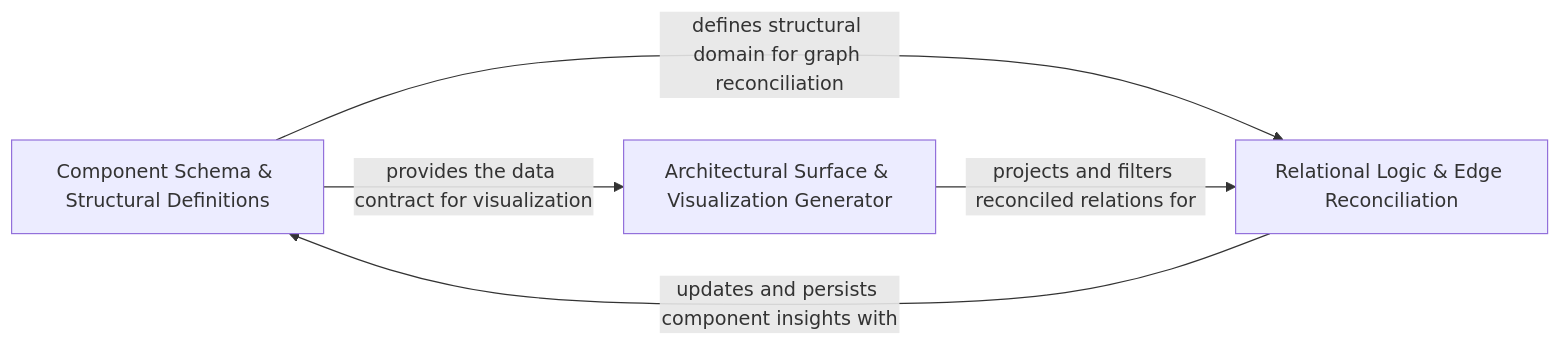
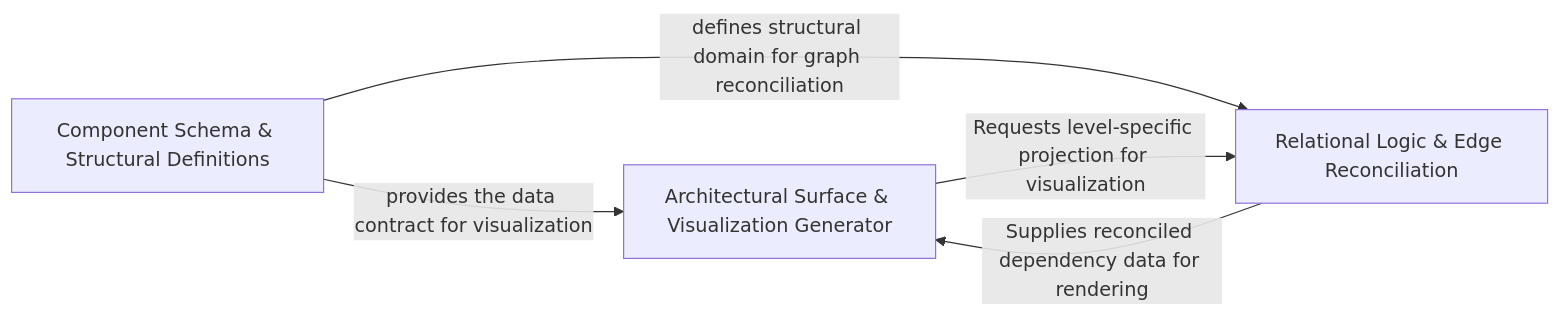
Before and after one commit to CodeBoarding/CodeBoarding: the diagram in .codeboarding/Component_Modeling_API_Definition.md, drawn with Mermaid. The commit also changed other lines of this file and 8 other files, not shown here.

Commit message:
chore(codeboarding): sync architecture baseline

````diff
--- a/.codeboarding/Component_Modeling_API_Definition.md
+++ b/.codeboarding/Component_Modeling_API_Definition.md
@@ -1,10 +1,10 @@
 ```mermaid
 graph LR
     Component_Schema_Structural_Definitions["Component Schema & Structural Definitions"]
     Architectural_Surface_Visualization_Generator["Architectural Surface & Visualization Generator"]
     Relational_Logic_Edge_Reconciliation["Relational Logic & Edge Reconciliation"]
     Component_Schema_Structural_Definitions -- "provides the data contract for visualization" --> Architectural_Surface_Visualization_Generator
     Component_Schema_Structural_Definitions -- "defines structural domain for graph reconciliation" --> Relational_Logic_Edge_Reconciliation
-    Architectural_Surface_Visualization_Generator -- "projects and filters reconciled relations for" --> Relational_Logic_Edge_Reconciliation
-    Relational_Logic_Edge_Reconciliation -- "updates and persists component insights with" --> Component_Schema_Structural_Definitions
+    Architectural_Surface_Visualization_Generator -- "Requests level-specific projection for visualization" --> Relational_Logic_Edge_Reconciliation
+    Relational_Logic_Edge_Reconciliation -- "Supplies reconciled dependency data for rendering" --> Architectural_Surface_Visualization_Generator
 ```
````
